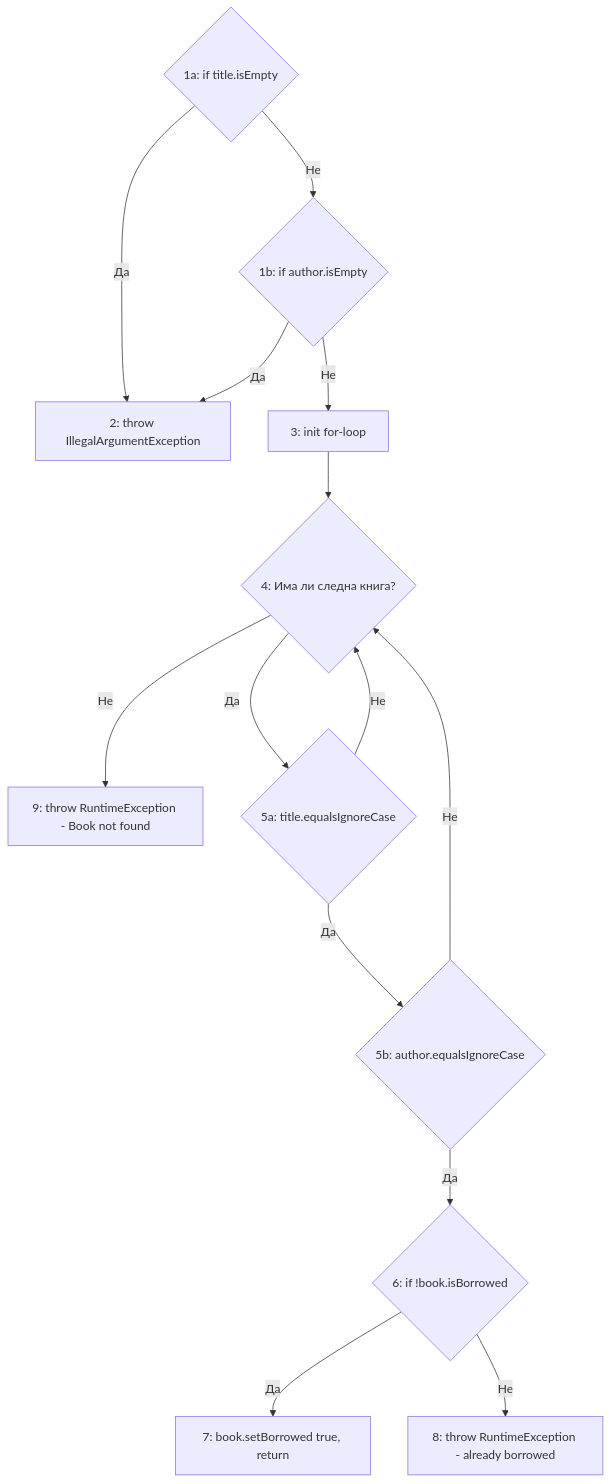
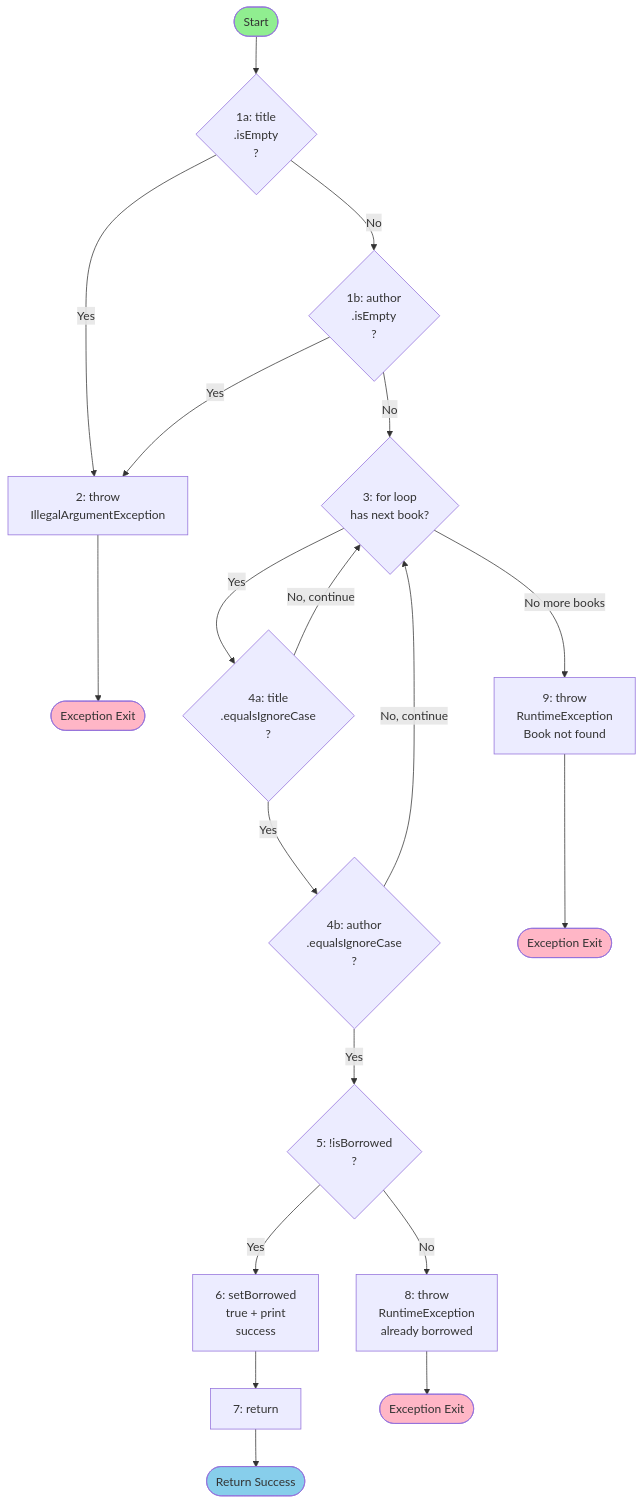
Before and after one commit to baleMus1/SI_2026_lab2_215081: the second of 2 diagrams in README.md, drawn with Mermaid. The commit also changed other lines of this file and 8 other files, not shown here.

````diff
--- a/README.md
+++ b/README.md
@@ -24,22 +147,35 @@
 ```mermaid
 graph TD
-    1a{1a: if title.isEmpty} -->|Да| 2[2: throw IllegalArgumentException]
-    1a -->|Не| 1b{1b: if author.isEmpty}
-    1b -->|Да| 2
+    START([Start]) --> EMPTY1{1a: title<br/>.isEmpty<br/>?}
+    EMPTY1 -->|Yes| THROW1["2: throw<br/>IllegalArgumentException"]
+    THROW1 --> END1([Exception Exit])
     
-    1b -->|Не| 3[3: init for-loop]
-    3 --> 4{4: Има ли следна книга?}
+    EMPTY1 -->|No| EMPTY2{1b: author<br/>.isEmpty<br/>?}
+    EMPTY2 -->|Yes| THROW1
     
-    4 -->|Да| 5a{5a: title.equalsIgnoreCase}
-    5a -->|Да| 5b{5b: author.equalsIgnoreCase}
-    5a -->|Не| 4
+    EMPTY2 -->|No| LOOP{3: for loop<br/>has next book?}
     
-    5b -->|Да| 6{6: if !book.isBorrowed}
-    5b -->|Не| 4
+    LOOP -->|Yes| TITLE{4a: title<br/>.equalsIgnoreCase<br/>?}
+    TITLE -->|No, continue| LOOP
     
-    6 -->|Да| 7[7: book.setBorrowed true, return]
-    6 -->|Не| 8[8: throw RuntimeException - already borrowed]
+    TITLE -->|Yes| AUTHOR{4b: author<br/>.equalsIgnoreCase<br/>?}
+    AUTHOR -->|No, continue| LOOP
     
-    4 -->|Не| 9[9: throw RuntimeException - Book not found]
-
+    AUTHOR -->|Yes| BORROWED{5: !isBorrowed<br/>?}
+    
+    BORROWED -->|Yes| SETBORR["6: setBorrowed<br/>true + print<br/>success"]
+    SETBORR --> RET1["7: return"]
+    RET1 --> END2([Return Success])
+    
+    BORROWED -->|No| THROW2["8: throw<br/>RuntimeException<br/>already borrowed"]
+    THROW2 --> END3([Exception Exit])
+    
+    LOOP -->|No more books| THROW3["9: throw<br/>RuntimeException<br/>Book not found"]
+    THROW3 --> END4([Exception Exit])
+    
+    style START fill:#90EE90
+    style END2 fill:#87CEEB
+    style END1 fill:#FFB6C6
+    style END3 fill:#FFB6C6
+    style END4 fill:#FFB6C6
 ```
````
